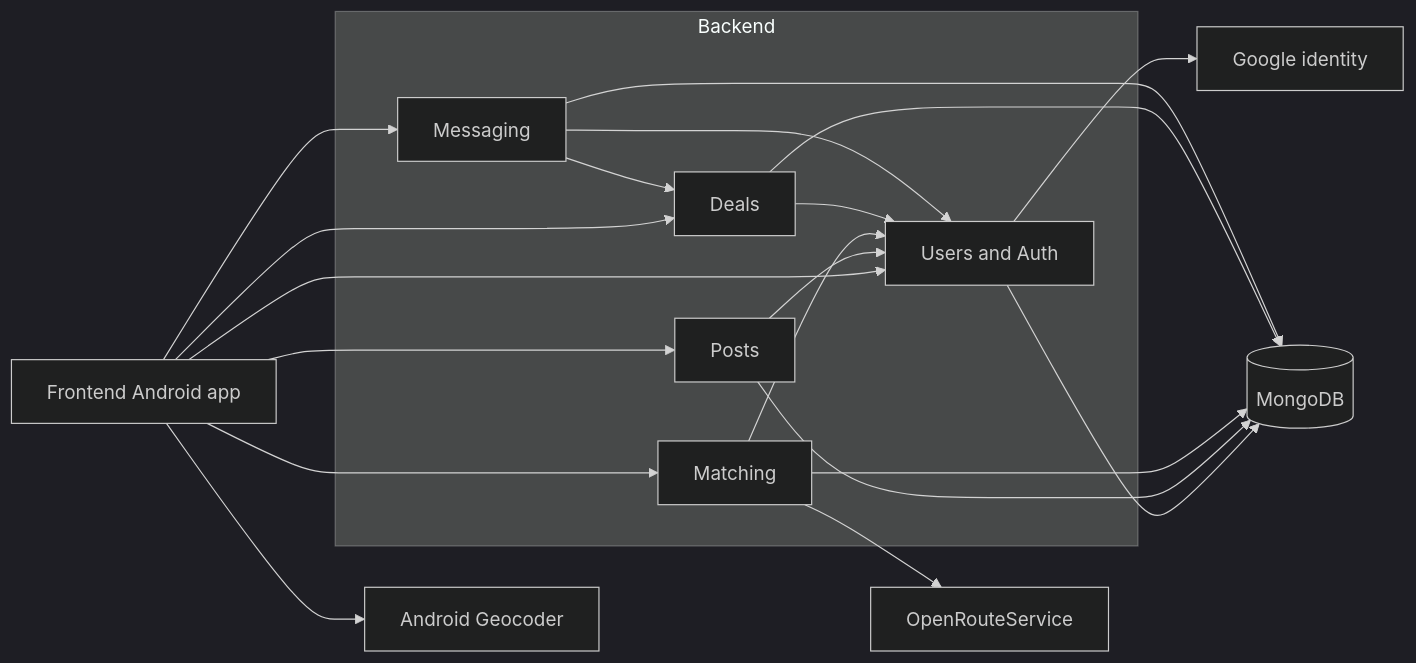
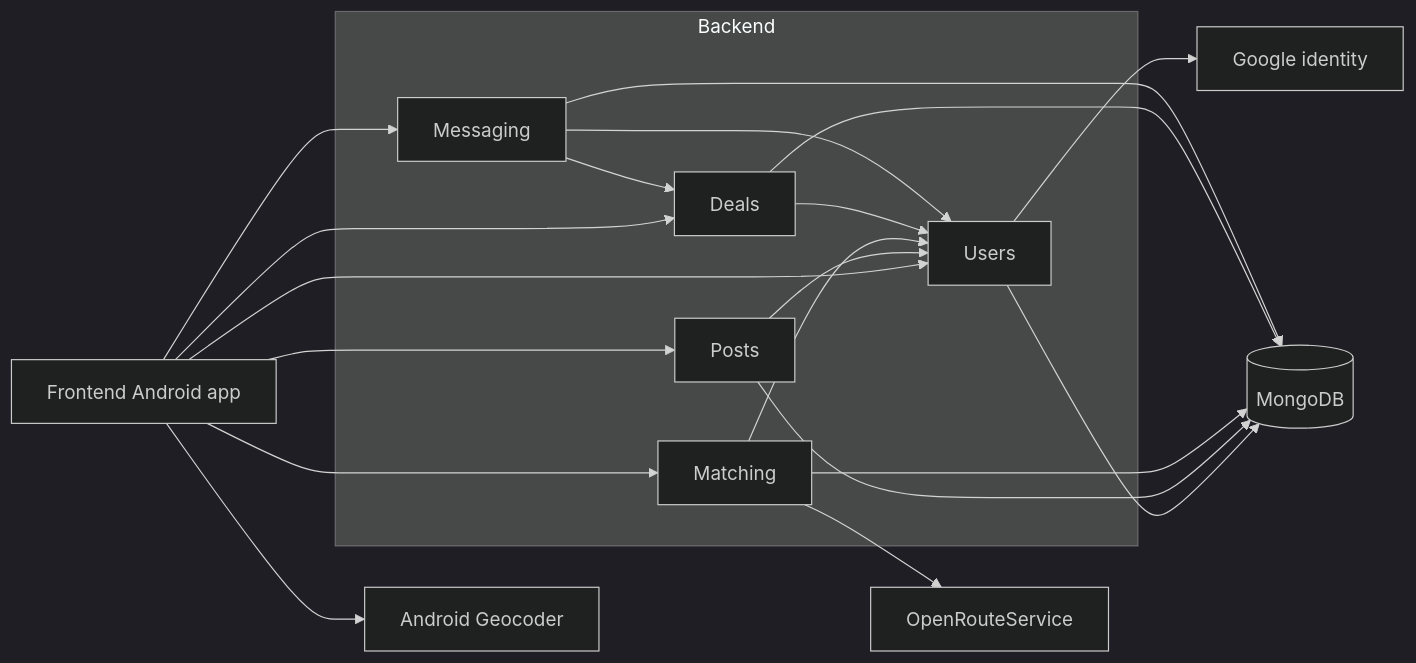
The first of 6 diagrams in documentation/Requirements_and_Design.md (m1lun/MatchMarket), drawn with Mermaid (dark theme) before and after one commit. The commit also changed other lines of this file, not shown here.

Commit message:
docs: rename the Users and Auth component to Users

````diff
--- a/documentation/Requirements_and_Design.md
+++ b/documentation/Requirements_and_Design.md
@@ -496,34 +497,34 @@
 ```mermaid
 flowchart LR
     FE[Frontend Android app]
     subgraph BE["Backend"]
-        UA[Users and Auth]
+        UA[Users]
         P[Posts]
         M[Matching]
         MS[Messaging]
         D[Deals]
     end
     DB[(MongoDB)]
     G[Google identity]
     GEO[Android Geocoder]
     ORS[OpenRouteService]
 
     FE --> UA
     FE --> P
     FE --> M
     FE --> GEO
     FE --> D
     FE --> MS
     UA --> G
     UA --> DB
     P --> UA
     P --> DB
     M --> UA
     M --> DB
     D --> UA
     D --> DB
     M --> ORS
     MS --> UA
     MS --> DB
     MS --> D
 ```
````
